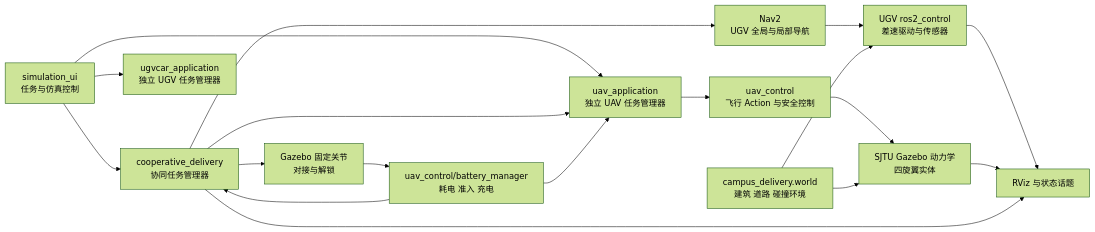
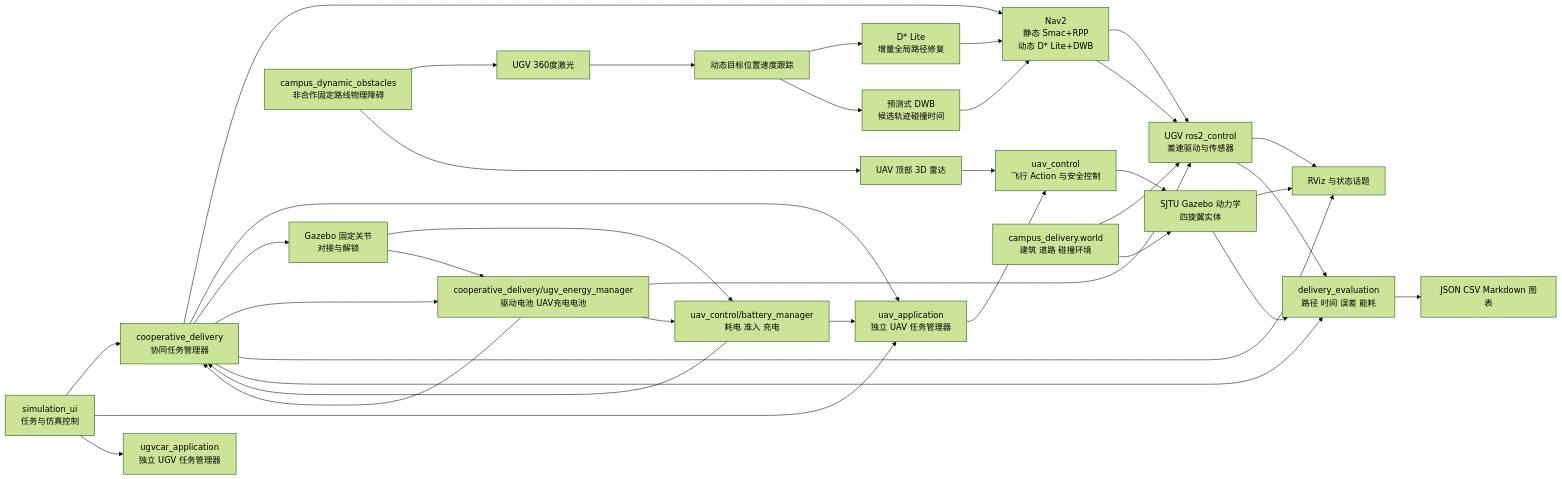
The first of 5 diagrams in wqi_final/docs/system_architecture.md (liyongqihhh/wqi_final), drawn with Mermaid (forest theme) before and after one commit. The commit also changed other lines of this file and 133 other files, not shown here.

````diff
--- a/wqi_final/docs/system_architecture.md
+++ b/wqi_final/docs/system_architecture.md
@@ -8,24 +8,42 @@
 ```mermaid
 flowchart LR
     UI[simulation_ui<br/>任务与仿真控制] --> CM[cooperative_delivery<br/>协同任务管理器]
     UI --> UA[uav_application<br/>独立 UAV 任务管理器]
     UI --> GA[ugvcar_application<br/>独立 UGV 任务管理器]
 
-    CM --> NAV[Nav2<br/>UGV 全局与局部导航]
+    CM --> NAV[Nav2<br/>静态 Smac+RPP<br/>动态 D* Lite+DWB]
     CM --> UA
     CM --> DOCK[Gazebo 固定关节<br/>对接与解锁]
 
     NAV --> UGV[UGV ros2_control<br/>差速驱动与传感器]
     UA --> FC[uav_control<br/>飞行 Action 与安全控制]
     FC --> UAV[SJTU Gazebo 动力学<br/>四旋翼实体]
 
     BM[uav_control/battery_manager<br/>耗电 准入 充电] --> UA
     BM --> CM
+    UGVBM[cooperative_delivery/ugv_energy_manager<br/>驱动电池 UAV充电电池] --> CM
+    UGVBM --> UGV
+    UGVBM --> BM
+    CM --> UGVBM
     DOCK --> BM
+    DOCK --> UGVBM
 
     WORLD[campus_delivery.world<br/>建筑 道路 碰撞环境] --> UGV
     WORLD --> UAV
+    DYN[campus_dynamic_obstacles<br/>非合作固定路线物理障碍] --> US[UGV 360度激光]
+    DYN --> AS[UAV 顶部 3D 雷达]
+    US --> TRACK[动态目标位置速度跟踪]
+    TRACK --> DSTAR[D* Lite<br/>增量全局路径修复]
+    TRACK --> PDWA[预测式 DWB<br/>候选轨迹碰撞时间]
+    DSTAR --> NAV
+    PDWA --> NAV
+    NAV --> UGV
+    AS --> FC
     UGV --> VIZ[RViz 与状态话题]
     UAV --> VIZ
     CM --> VIZ
+    UGV --> METRICS[delivery_evaluation<br/>路径 时间 误差 能耗]
+    UAV --> METRICS
+    CM --> METRICS
+    METRICS --> REPORT[JSON CSV Markdown 图表]
 ```
````
